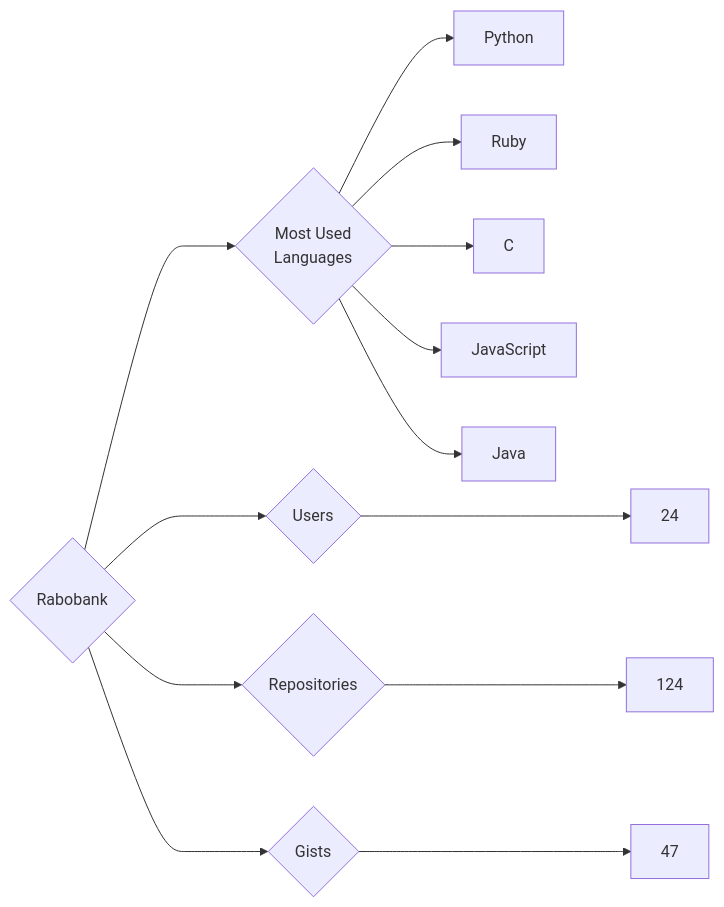
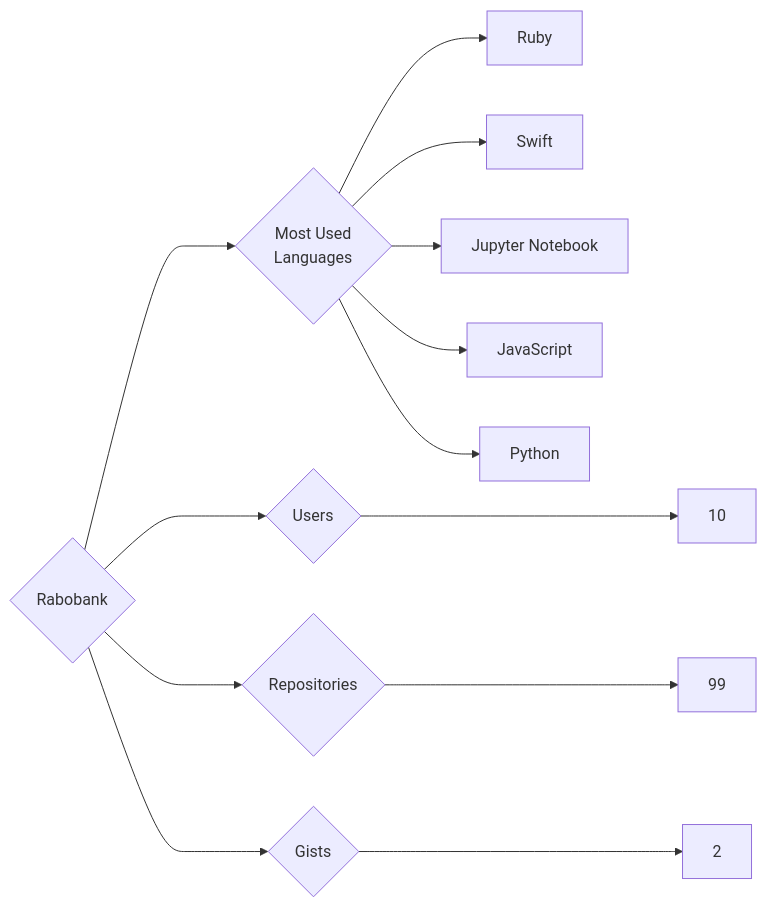
The diagram in targets/Rabobank/README.md (trickest/insiders), drawn with Mermaid before and after one commit. The commit also changed 1011 other files, not shown here.

````diff
--- a/targets/Rabobank/README.md
+++ b/targets/Rabobank/README.md
@@ -3,13 +3,13 @@
 ```mermaid
 graph LR
 COMPANY_NAME{Rabobank}
-COMPANY_NAME ---> U{Users} ---> UN[24]
-COMPANY_NAME ---> R{Repositories} ---> RN[124]
-COMPANY_NAME ---> G{Gists} ---> GN[47]
+COMPANY_NAME ---> U{Users} ---> UN[10]
+COMPANY_NAME ---> R{Repositories} ---> RN[99]
+COMPANY_NAME ---> G{Gists} ---> GN[2]
 COMPANY_NAME ---> ML{Most Used<br>Languages}
+ML --> Ruby[Ruby]
+ML --> Swift[Swift]
+ML --> Jupyter_Notebook[Jupyter Notebook]
+ML --> JavaScript[JavaScript]
 ML --> Python[Python]
-ML --> Ruby[Ruby]
-ML --> C[C]
-ML --> JavaScript[JavaScript]
-ML --> Java[Java]
 ```
````
